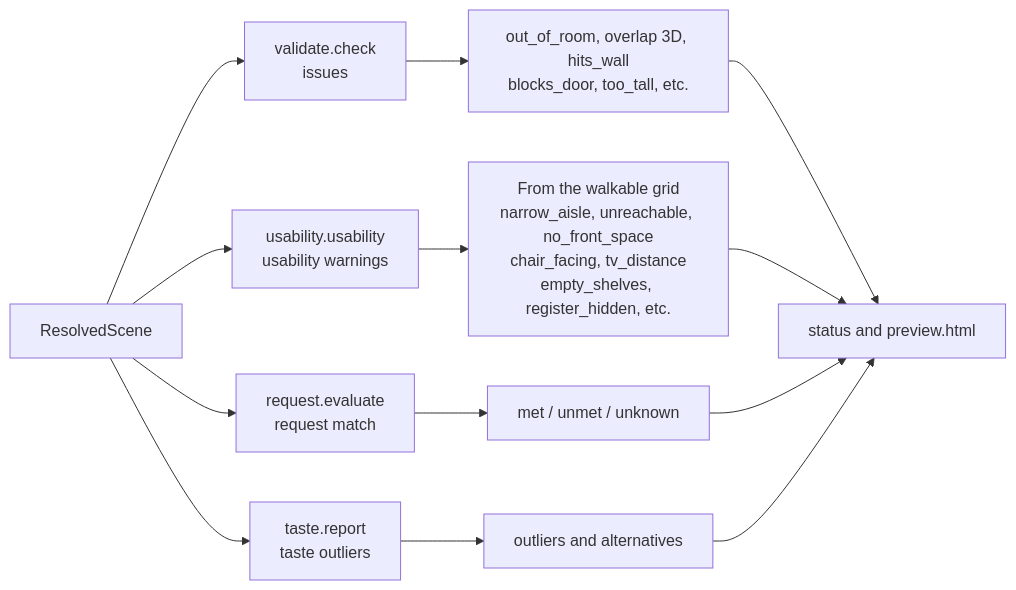
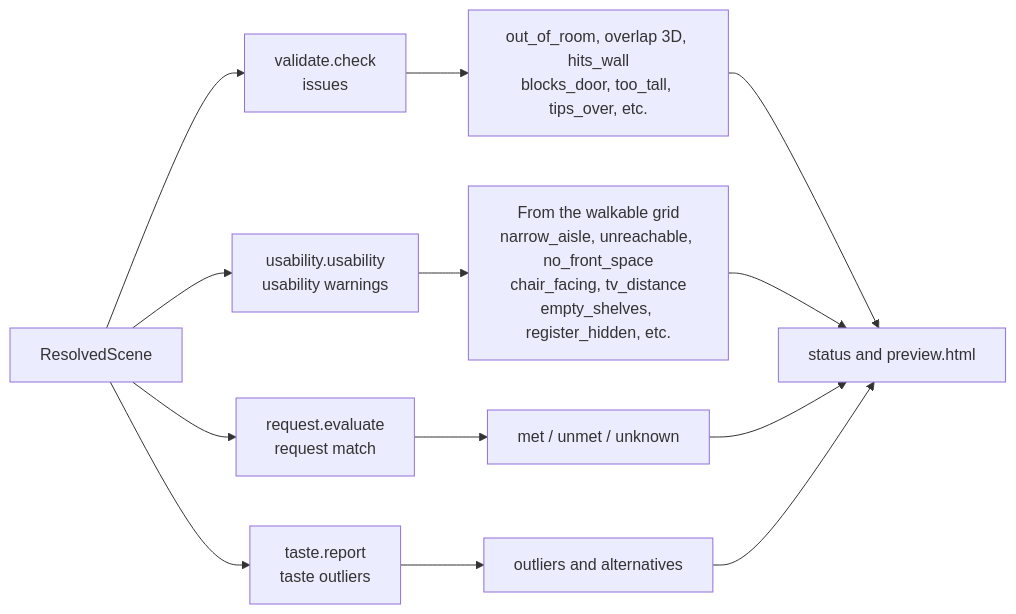
The sixth of 13 diagrams in docs/en/architecture.md (atinfinity/agentic-sim-world-gen), drawn with Mermaid before and after one commit. The commit also changed other lines of this file and 9 other files, not shown here.

First line of the commit message:
docs: clearer prose, fixed stale facts, more diagrams and tables

````diff
--- a/docs/en/architecture.md
+++ b/docs/en/architecture.md
@@ -285,15 +360,15 @@
 ```mermaid
 flowchart LR
     scene["ResolvedScene"] --> v1["validate.check<br/>issues"]
     scene --> v2["usability.usability<br/>usability warnings"]
     scene --> v3["request.evaluate<br/>request match"]
     scene --> v4["taste.report<br/>taste outliers"]
-    v1 --> i1["out_of_room, overlap 3D, hits_wall<br/>blocks_door, too_tall, etc."]
+    v1 --> i1["out_of_room, overlap 3D, hits_wall<br/>blocks_door, too_tall, tips_over, etc."]
     v2 --> i2["From the walkable grid<br/>narrow_aisle, unreachable, no_front_space<br/>chair_facing, tv_distance<br/>empty_shelves, register_hidden, etc."]
     v3 --> i3["met / unmet / unknown"]
     v4 --> i4["outliers and alternatives"]
     i1 --> st["status and preview.html"]
     i2 --> st
     i3 --> st
     i4 --> st
 ```
````
